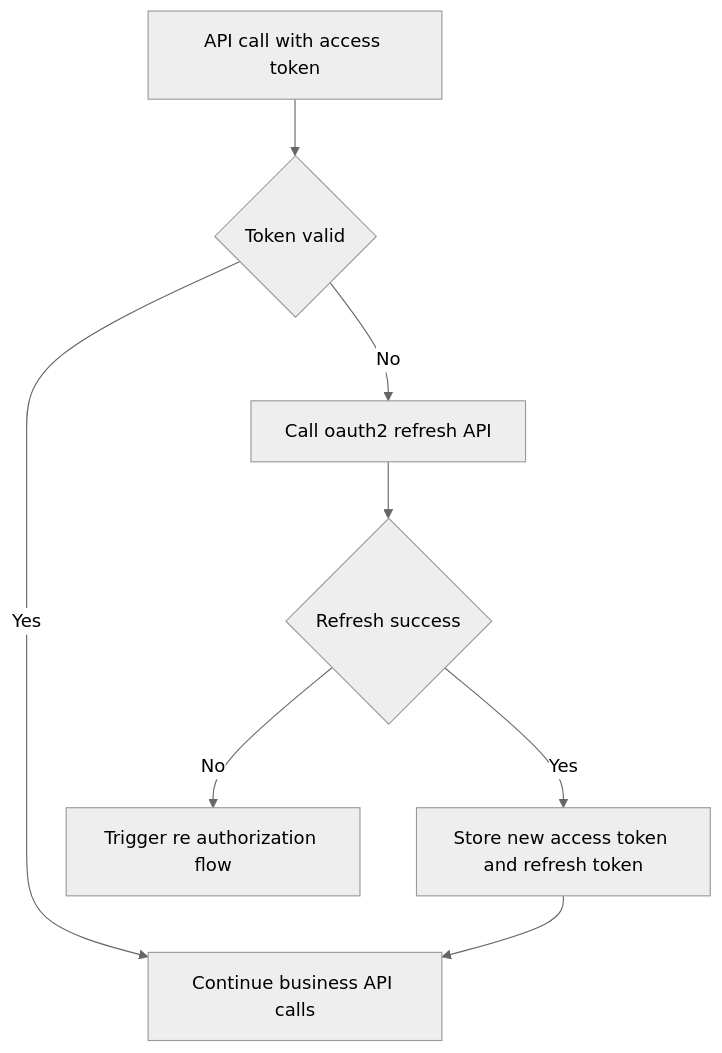
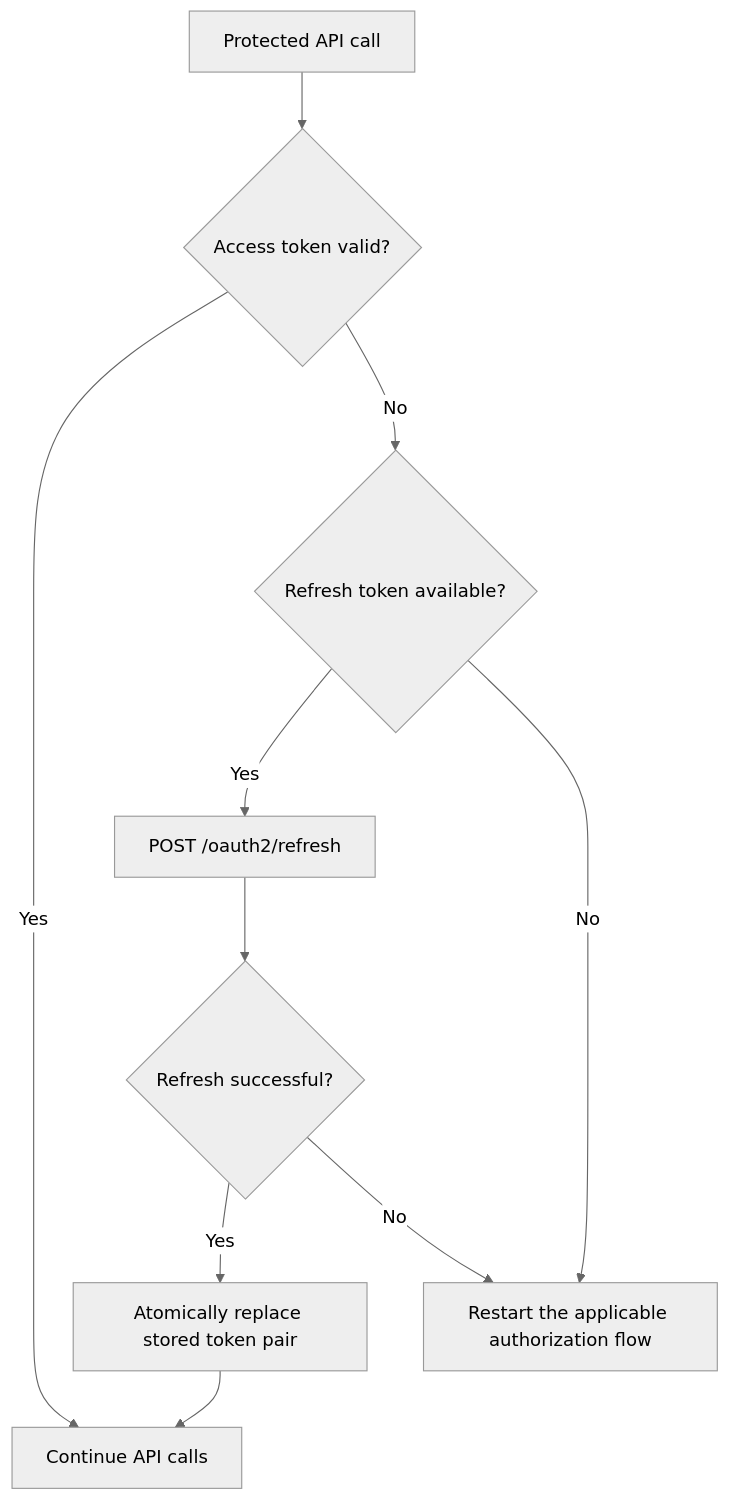
One commit to EugeneJian/growatt-unified-api changed the first of 2 diagrams in Growatt API/OPENAPI/03_api_refresh.md. Above: the diagram before and after it, drawn with Mermaid (neutral theme). The commit also changed other lines of this file and 46 other files, not shown here.

````diff
--- a/Growatt API/OPENAPI/03_api_refresh.md
+++ b/Growatt API/OPENAPI/03_api_refresh.md
@@ -20,11 +15,12 @@
 ```mermaid
-%% 本代码严格遵循AI生成Mermaid代码的终极准则v4.1（Mermaid终极大师）
 flowchart TD
-    A["API call with access token"] --> B{"Token valid"}
-    B -->|"Yes"| C["Continue business API calls"]
-    B -->|"No"| D["Call oauth2 refresh API"]
-    D --> E{"Refresh success"}
-    E -->|"Yes"| F["Store new access token and refresh token"]
-    F --> C
-    E -->|"No"| G["Trigger re authorization flow"]
+    A["Protected API call"] --> B{"Access token valid?"}
+    B -->|"Yes"| C["Continue API calls"]
+    B -->|"No"| D{"Refresh token available?"}
+    D -->|"Yes"| E["POST /oauth2/refresh"]
+    E --> F{"Refresh successful?"}
+    F -->|"Yes"| G["Atomically replace stored token pair"]
+    G --> C
+    F -->|"No"| H["Restart the applicable authorization flow"]
+    D -->|"No"| H
 ```
````
